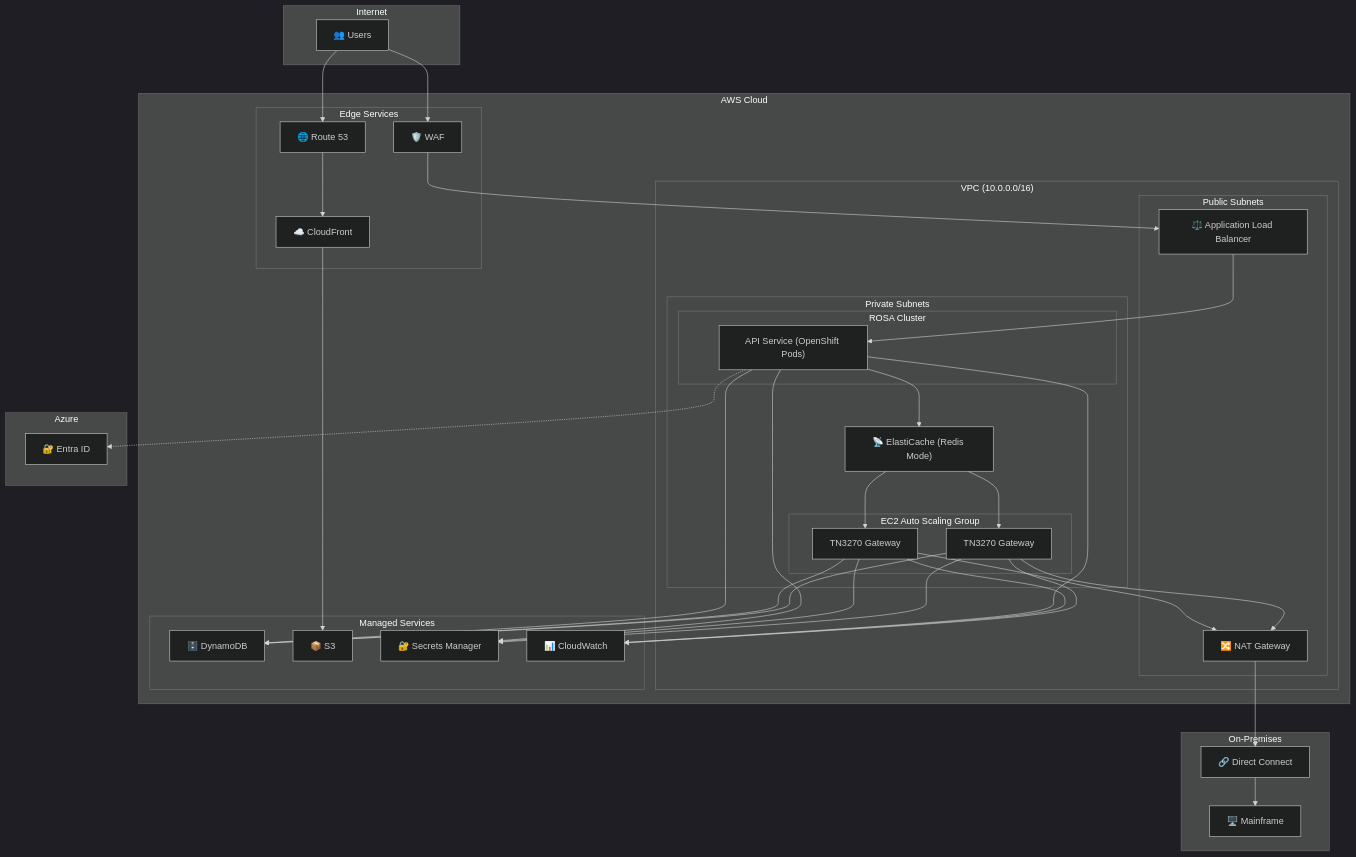
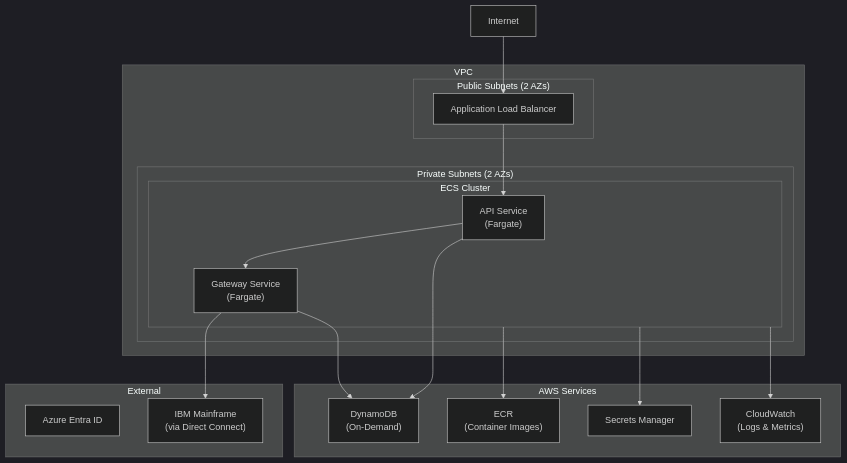
Before and after one commit to gurungabit/iast: the tenth of 13 diagrams in docs/diagrams.md, drawn with Mermaid (dark theme). The commit also changed other lines of this file and 33 other files, not shown here.

````diff
--- a/docs/diagrams.md
+++ b/docs/diagrams.md
@@ -552,68 +323,39 @@
 ```mermaid
 flowchart TB
-    subgraph Internet["Internet"]
-        Users["👥 Users"]
-    end
-
-    subgraph AWS["AWS Cloud"]
-        subgraph Edge["Edge Services"]
-            CloudFront["☁️ CloudFront"]
-            Route53["🌐 Route 53"]
-            WAF["🛡️ WAF"]
+    subgraph VPC["VPC"]
+        subgraph Public["Public Subnets (2 AZs)"]
+            ALB["Application Load Balancer"]
         end
-
-        subgraph VPC["VPC (10.0.0.0/16)"]
-            subgraph PublicSubnet["Public Subnets"]
-                ALB["⚖️ Application Load Balancer"]
-                NAT["🔀 NAT Gateway"]
-            end
-
-            subgraph PrivateSubnet["Private Subnets"]
-                subgraph ROSA["ROSA Cluster"]
-                    APIService["API Service (OpenShift Pods)"]
-                end
-
-                subgraph EC2ASG["EC2 Auto Scaling Group"]
-                    Gateway1["TN3270 Gateway"]
-                    Gateway2["TN3270 Gateway"]
-                end
-
-                ElastiCache["📡 ElastiCache (Redis Mode)"]
+        
+        subgraph Private["Private Subnets (2 AZs)"]
+            subgraph ECS["ECS Cluster"]
+                APIService["API Service<br>(Fargate)"]
+                GatewayService["Gateway Service<br>(Fargate)"]
             end
         end
-
-        subgraph ManagedServices["Managed Services"]
-            DynamoDB["🗄️ DynamoDB"]
-            S3["📦 S3"]
-            SecretsManager["🔐 Secrets Manager"]
-            CloudWatch["📊 CloudWatch"]
-        end
     end
-
-    subgraph OnPrem["On-Premises"]
-        DirectConnect["🔗 Direct Connect"]
-        Mainframe["🖥️ Mainframe"]
+    
+    subgraph AWS_Services["AWS Services"]
+        DDB["DynamoDB<br>(On-Demand)"]
+        ECR["ECR<br>(Container Images)"]
+        Secrets["Secrets Manager"]
+        CW["CloudWatch<br>(Logs & Metrics)"]
     end
-
-    subgraph Azure["Azure"]
-        EntraID["🔐 Entra ID"]
+    
+    subgraph External
+        Entra["Azure Entra ID"]
+        Mainframe["IBM Mainframe<br>(via Direct Connect)"]
     end
-
-    Users --> Route53 --> CloudFront
-    CloudFront --> S3
-    Users --> WAF --> ALB
     
+    Internet --> ALB
     ALB --> APIService
-    APIService --> ElastiCache
-    ElastiCache --> Gateway1 & Gateway2
+    APIService --> GatewayService
     
-    APIService --> DynamoDB
-    Gateway1 & Gateway2 --> DynamoDB
+    APIService --> DDB
+    GatewayService --> DDB
+    GatewayService --> Mainframe
     
-    Gateway1 & Gateway2 --> NAT --> DirectConnect --> Mainframe
-    
-    APIService & Gateway1 & Gateway2 --> SecretsManager
-    APIService & Gateway1 & Gateway2 --> CloudWatch
-    
-    APIService -.-> EntraID
+    ECS --> ECR
+    ECS --> Secrets
+    ECS --> CW
 ```
````
